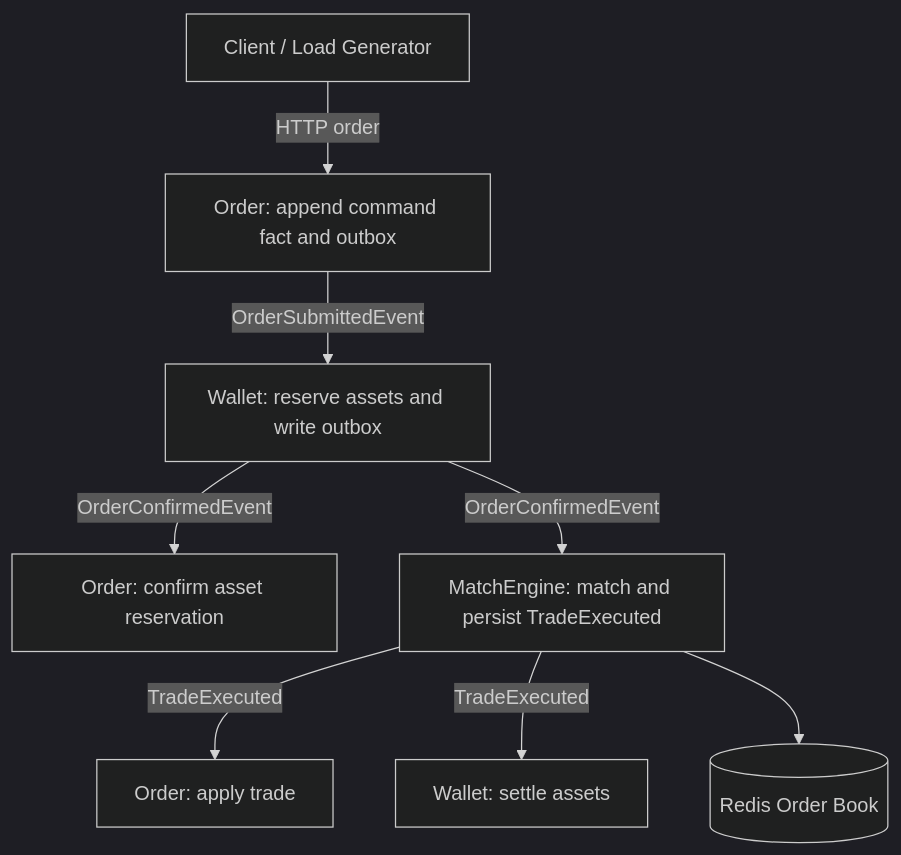
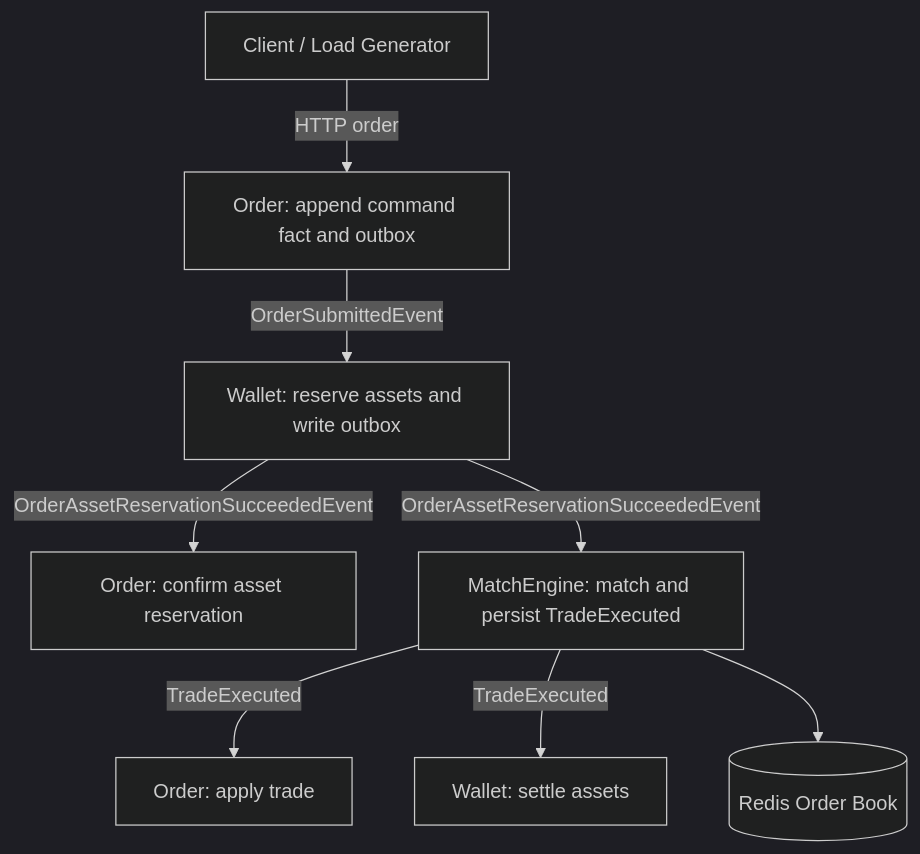
The first of 5 diagrams in docs/architecture.md (Yitin-tsai/eap-infra), drawn with Mermaid (dark theme) before and after one commit. The commit also changed other lines of this file and 34 other files, not shown here.

````diff
--- a/docs/architecture.md
+++ b/docs/architecture.md
@@ -48,10 +48,10 @@
 ```mermaid
 graph TD
     client["Client / Load Generator"] -->|HTTP order| orderAccept["Order: append command fact and outbox"]
     orderAccept -->|OrderSubmittedEvent| walletReserve["Wallet: reserve assets and write outbox"]
-    walletReserve -->|OrderConfirmedEvent| orderConfirm["Order: confirm asset reservation"]
-    walletReserve -->|OrderConfirmedEvent| match["MatchEngine: match and persist TradeExecuted"]
+    walletReserve -->|OrderAssetReservationSucceededEvent| orderConfirm["Order: confirm asset reservation"]
+    walletReserve -->|OrderAssetReservationSucceededEvent| match["MatchEngine: match and persist TradeExecuted"]
     match -->|TradeExecuted| orderApply["Order: apply trade"]
     match -->|TradeExecuted| walletSettle["Wallet: settle assets"]
     match --> redis[("Redis Order Book")]
 ```
````
